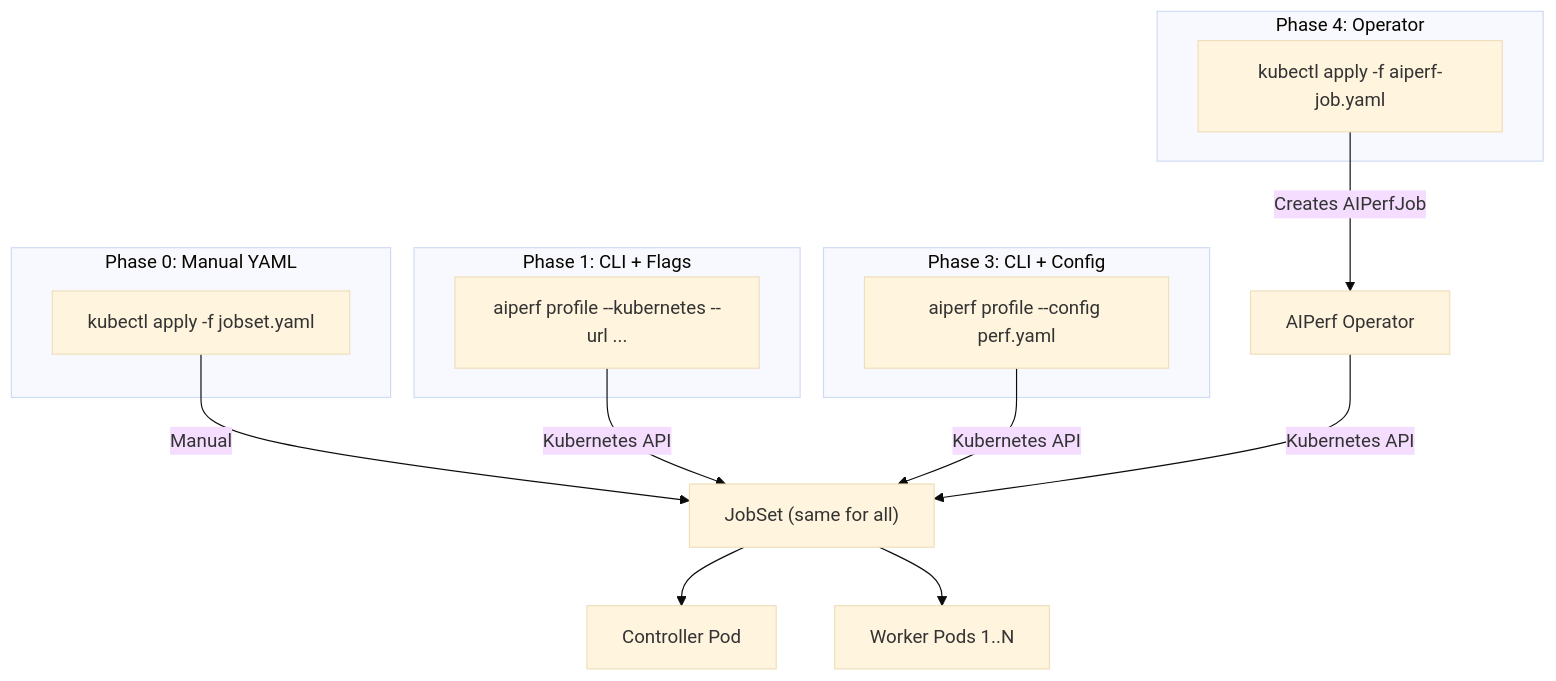
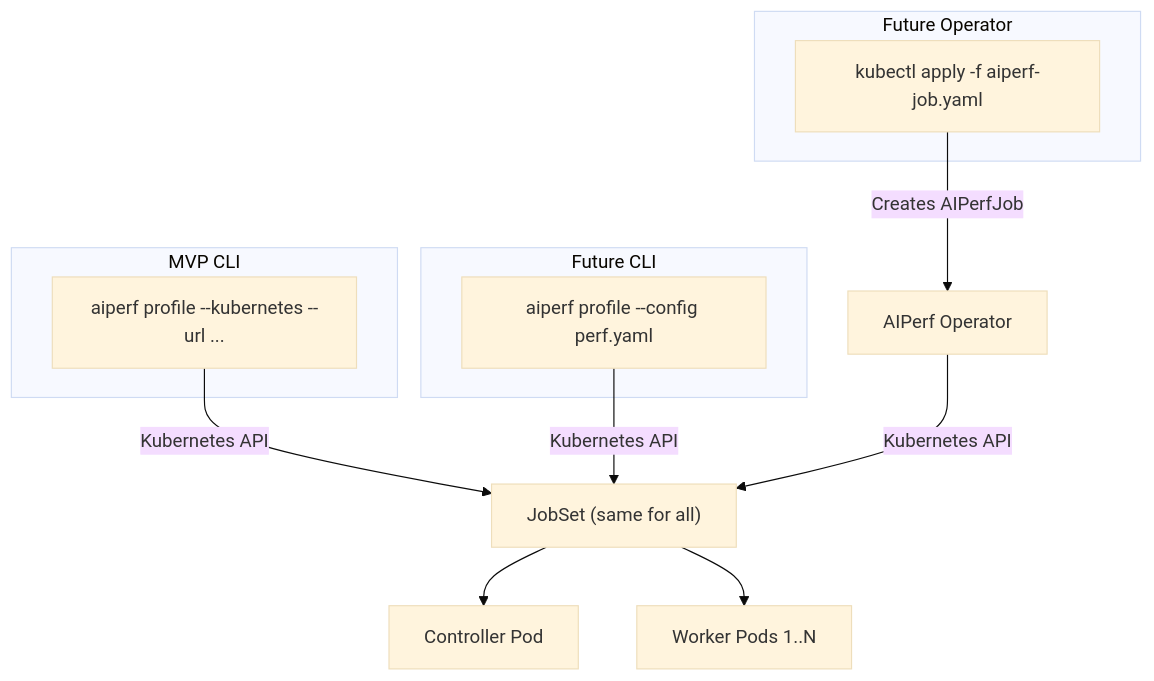
The diagram in deps/AIP-0002-kubernetes-deployment.md (ai-dynamo/enhancements), drawn with Mermaid (base theme) before and after one commit. The commit also changed other lines of this file, not shown here.

````diff
--- a/deps/AIP-0002-kubernetes-deployment.md
+++ b/deps/AIP-0002-kubernetes-deployment.md
@@ -963,29 +561,24 @@
 ```mermaid
 flowchart TB
-    subgraph POC["Phase 0: Manual YAML"]
-        P0[kubectl apply -f jobset.yaml]
-    end
-
-    subgraph MVP["Phase 1: CLI + Flags"]
+    subgraph MVP["MVP CLI"]
         P1[aiperf profile --kubernetes --url ...]
     end
 
-    subgraph Config["Phase 3: CLI + Config"]
+    subgraph Config["Future CLI"]
         P2[aiperf profile --config perf.yaml]
     end
 
-    subgraph Future["Phase 4: Operator"]
+    subgraph Future["Future Operator"]
         P3[kubectl apply -f aiperf-job.yaml]
     end
 
-    P0 -->|Manual| JobSet
     P1 -->|Kubernetes API| JobSet
     P2 -->|Kubernetes API| JobSet
     P3 -->|Creates AIPerfJob| Operator[AIPerf Operator]
     Operator -->|Kubernetes API| JobSet
 
     JobSet["JobSet (same for all)"]
 
     JobSet --> ControllerPod[Controller Pod]
     JobSet --> Workers[Worker Pods 1..N]
 ```
````
